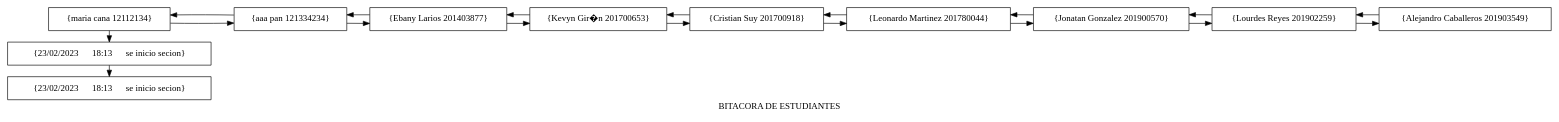
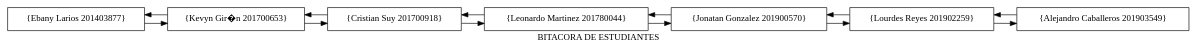
One commit to Nahomi-Aparicio/EDD_1S2023_PY_202113293_F1 changed the diagram in EDD_Proyecto1_Fase1/lista.dot. Above: the diagram before and after it, drawn with Graphviz. The commit also changed 6 other files, not shown here.

```diff
--- a/EDD_Proyecto1_Fase1/lista.dot
+++ b/EDD_Proyecto1_Fase1/lista.dot
@@ -1,36 +1,24 @@
 digraph G {
 rankdir=LR;
 node [shape=box];
 label = "BITACORA DE ESTUDIANTES";
-12112134[label="{maria cana 12112134}"];
-12112134 -> 121334234;
-121334234 -> 12112134;
-{ rank=same 
- 12112135[label="{23/02/2023      18:13      se inicio secion}"];
-12112134 -> 12112135;
-}{ rank=same 
- 12112136[label="{23/02/2023      18:13      se inicio secion}"];
-12112135 -> 12112136;
-}121334234[label="{aaa pan 121334234}"];
-121334234 -> 201403877;
-201403877 -> 121334234;
 201403877[label="{Ebany Larios 201403877}"];
 201403877 -> 201700653;
 201700653 -> 201403877;
 201700653[label="{Kevyn Gir�n 201700653}"];
 201700653 -> 201700918;
 201700918 -> 201700653;
 201700918[label="{Cristian Suy 201700918}"];
 201700918 -> 201780044;
 201780044 -> 201700918;
 201780044[label="{Leonardo Martinez 201780044}"];
 201780044 -> 201900570;
 201900570 -> 201780044;
 201900570[label="{Jonatan Gonzalez 201900570}"];
 201900570 -> 201902259;
 201902259 -> 201900570;
 201902259[label="{Lourdes Reyes 201902259}"];
 201902259 -> 201903549;
 201903549 -> 201902259;
 201903549[label="{Alejandro Caballeros 201903549}"];
 }
```
